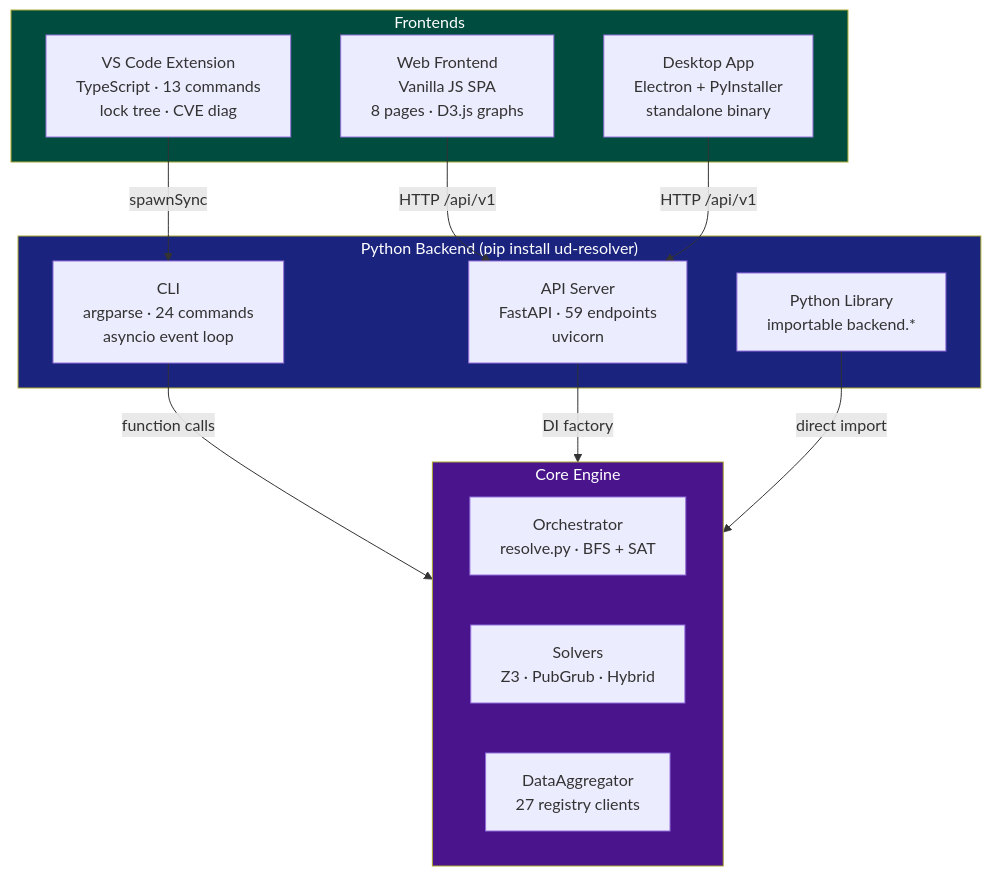
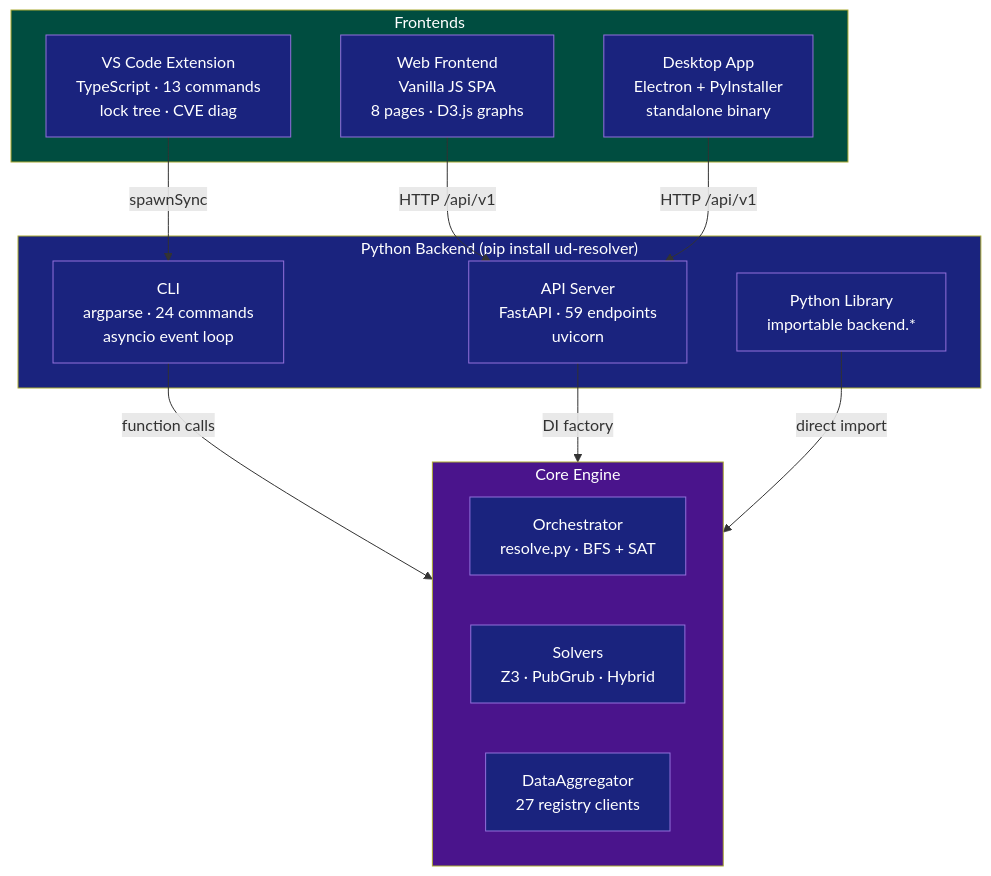
Before and after one commit to code-with-zeeshan/universal-dependency-resolver: the diagram in docs/COMPONENTS.md, drawn with Mermaid. The commit also changed 9 other files, not shown here.

First line of the commit message:
docs: fix mermaid lightbox sizing, white box labels, dedupe header badges

````diff
--- a/docs/COMPONENTS.md
+++ b/docs/COMPONENTS.md
@@ -7,31 +7,34 @@
 ```mermaid
 flowchart TD
     subgraph PYTHON_BACKEND["Python Backend (pip install ud-resolver)"]
         CLI["CLI<br/>argparse · 24 commands<br/>asyncio event loop"]
         LIB["Python Library<br/>importable backend.*"]
         API["API Server<br/>FastAPI · 59 endpoints<br/>uvicorn"]
     end
 
     subgraph FRONTENDS["Frontends"]
         WEB["Web Frontend<br/>Vanilla JS SPA<br/>8 pages · D3.js graphs"]
         VSC["VS Code Extension<br/>TypeScript · 13 commands<br/>lock tree · CVE diag"]
         DESKTOP["Desktop App<br/>Electron + PyInstaller<br/>standalone binary"]
     end
 
     subgraph CORE["Core Engine"]
         ORCH["Orchestrator<br/>resolve.py · BFS + SAT"]
         SOLVERS["Solvers<br/>Z3 · PubGrub · Hybrid"]
         AGG["DataAggregator<br/>27 registry clients"]
     end
 
     WEB -->|HTTP /api/v1| API
     VSC -->|spawnSync| CLI
     DESKTOP -->|HTTP /api/v1| API
     CLI -->|function calls| CORE
     API -->|DI factory| CORE
     LIB -->|direct import| CORE
 
     style PYTHON_BACKEND fill:#1a237e,color:#fff
     style FRONTENDS fill:#004d40,color:#fff
     style CORE fill:#4a148c,color:#fff
+
+    classDef box fill:#1a237e,color:#fff
+    class CLI,LIB,API,WEB,VSC,DESKTOP,ORCH,SOLVERS,AGG box
 ```
````
